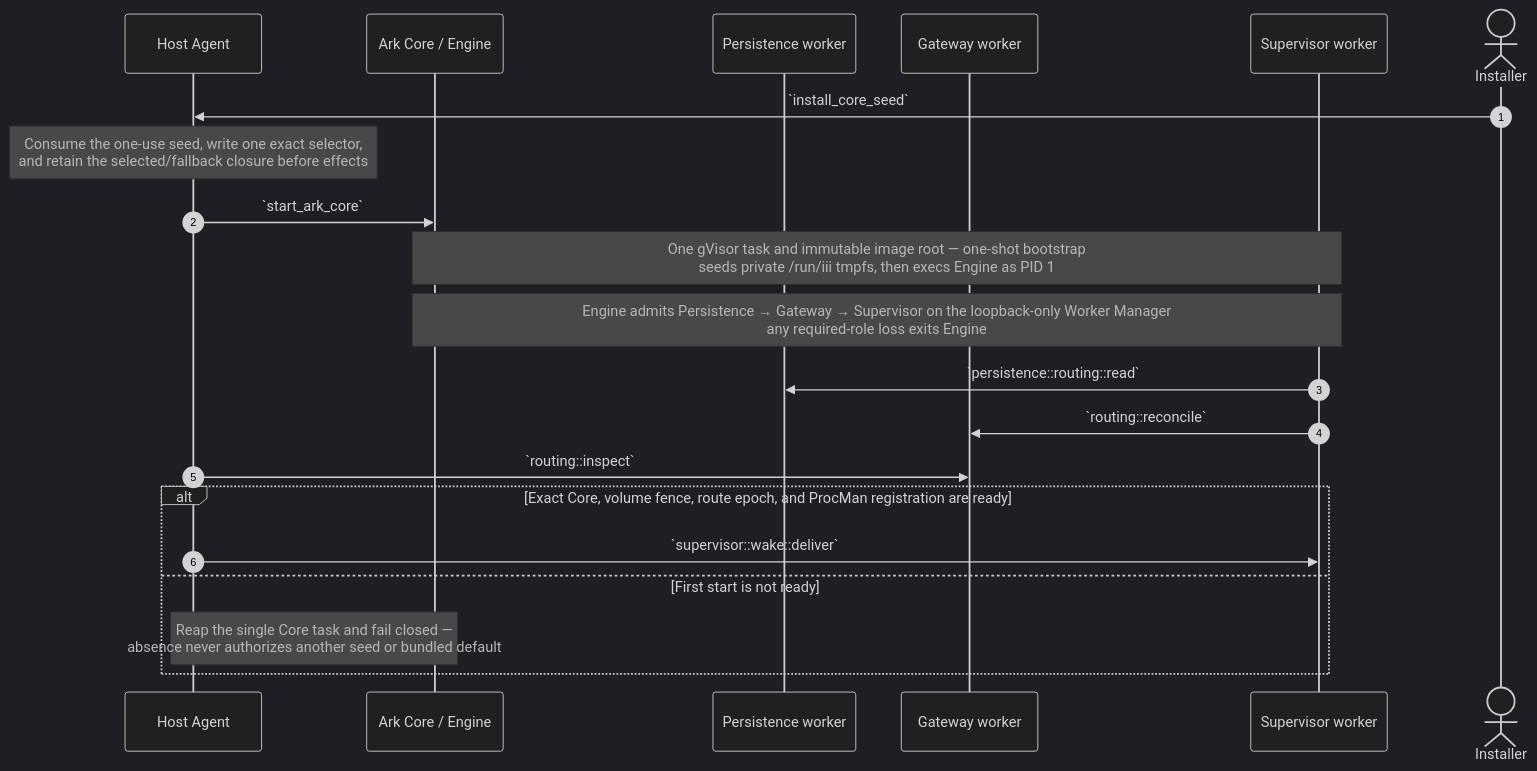
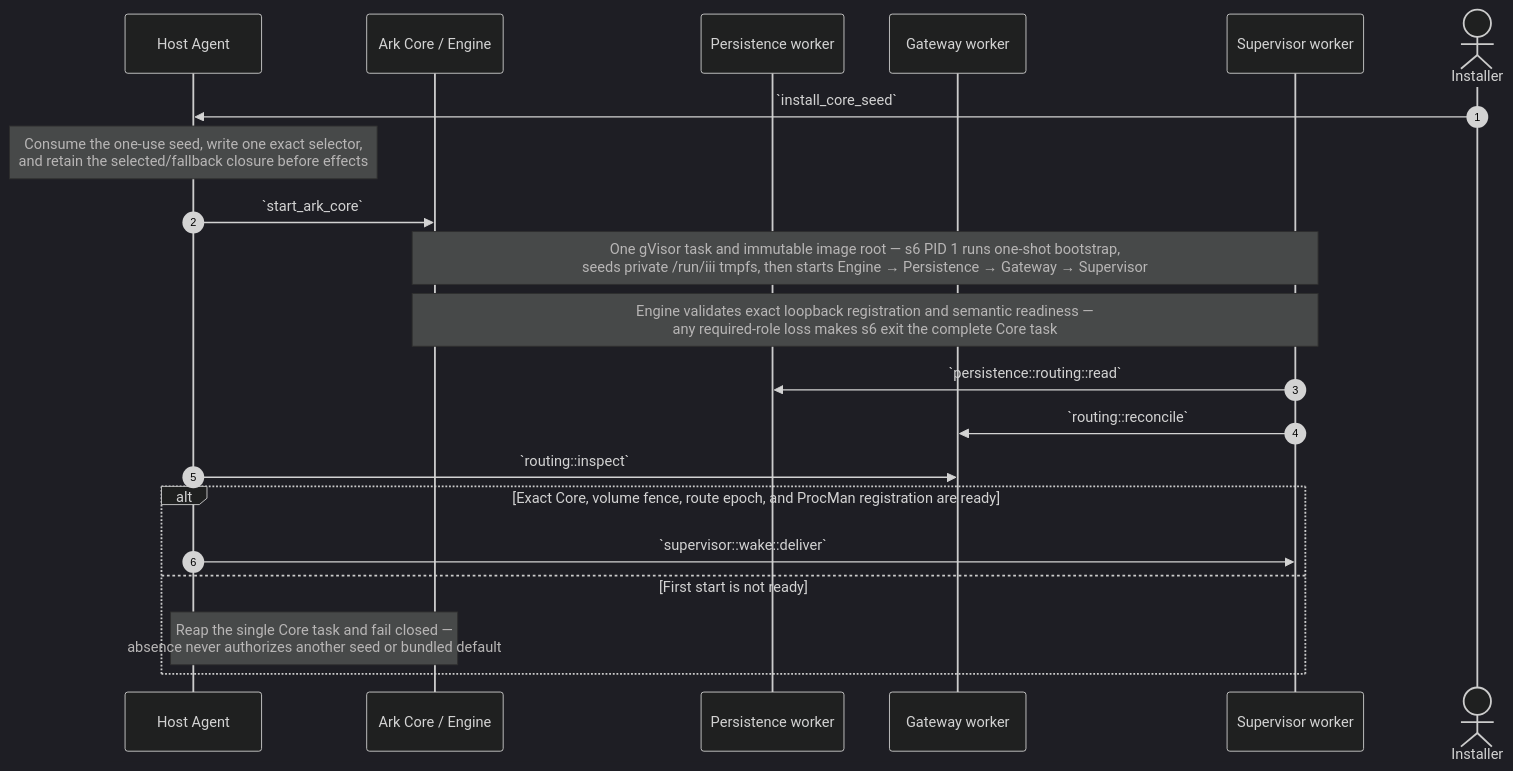
The second of 17 diagrams in source/chambers-lifecycle-sequences.md (dreamcatcher-tech/chambers-lifecycle-explorer), drawn with Mermaid (dark theme) before and after one commit. The commit also changed other lines of this file and 8 other files, not shown here.

````diff
--- a/source/chambers-lifecycle-sequences.md
+++ b/source/chambers-lifecycle-sequences.md
@@ -473,24 +485,24 @@
 ```mermaid
 sequenceDiagram
     autonumber
     participant HostAgent as Host Agent
     participant Core as Ark Core / Engine
     participant Persistence as Persistence worker
     participant Gateway as Gateway worker
     participant Supervisor as Supervisor worker
     actor Installer
 
     Installer->>HostAgent: `install_core_seed`
     Note over HostAgent: Consume the one-use seed, write one exact selector,<br/>and retain the selected/fallback closure before effects
     HostAgent->>Core: `start_ark_core`
-    Note over Core,Supervisor: One gVisor task and immutable image root — one-shot bootstrap<br/>seeds private /run/iii tmpfs, then execs Engine as PID 1
-    Note over Core,Supervisor: Engine admits Persistence → Gateway → Supervisor on the loopback-only Worker Manager<br/>any required-role loss exits Engine
+    Note over Core,Supervisor: One gVisor task and immutable image root — s6 PID 1 runs one-shot bootstrap,<br/>seeds private /run/iii tmpfs, then starts Engine → Persistence → Gateway → Supervisor
+    Note over Core,Supervisor: Engine validates exact loopback registration and semantic readiness —<br/>any required-role loss makes s6 exit the complete Core task
     Supervisor->>Persistence: `persistence::routing::read`
     Supervisor->>Gateway: `routing::reconcile`
     HostAgent->>Gateway: `routing::inspect`
     alt Exact Core, volume fence, route epoch, and ProcMan registration are ready
         HostAgent->>Supervisor: `supervisor::wake::deliver`
     else First start is not ready
         Note over HostAgent,Core: Reap the single Core task and fail closed —<br/>absence never authorizes another seed or bundled default
     end
 ```
````
